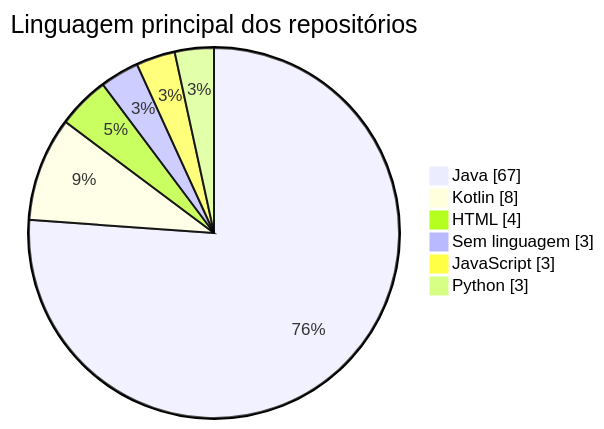
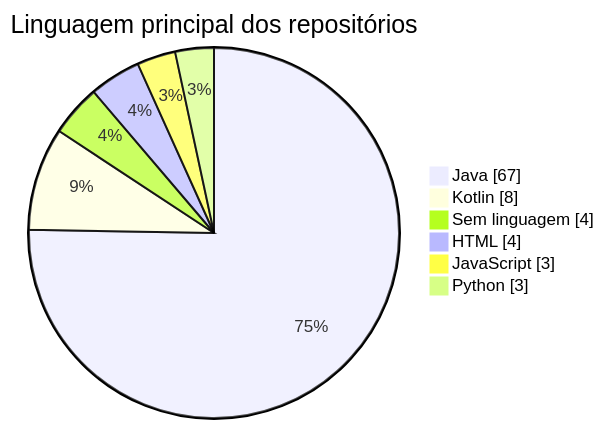
One commit to k3vinrich4rd/k3vinrich4rd changed the tenth of 22 diagrams in README.md. Above: the diagram before and after it, drawn with Mermaid. The commit also changed other lines of this file and 2 other files, not shown here.

````diff
--- a/README.md
+++ b/README.md
@@ -790,10 +790,10 @@
 ```mermaid
 pie showData
     title Linguagem principal dos repositórios
     "Java" : 67
     "Kotlin" : 8
+    "Sem linguagem" : 4
     "HTML" : 4
-    "Sem linguagem" : 3
     "JavaScript" : 3
     "Python" : 3
 ```
````
